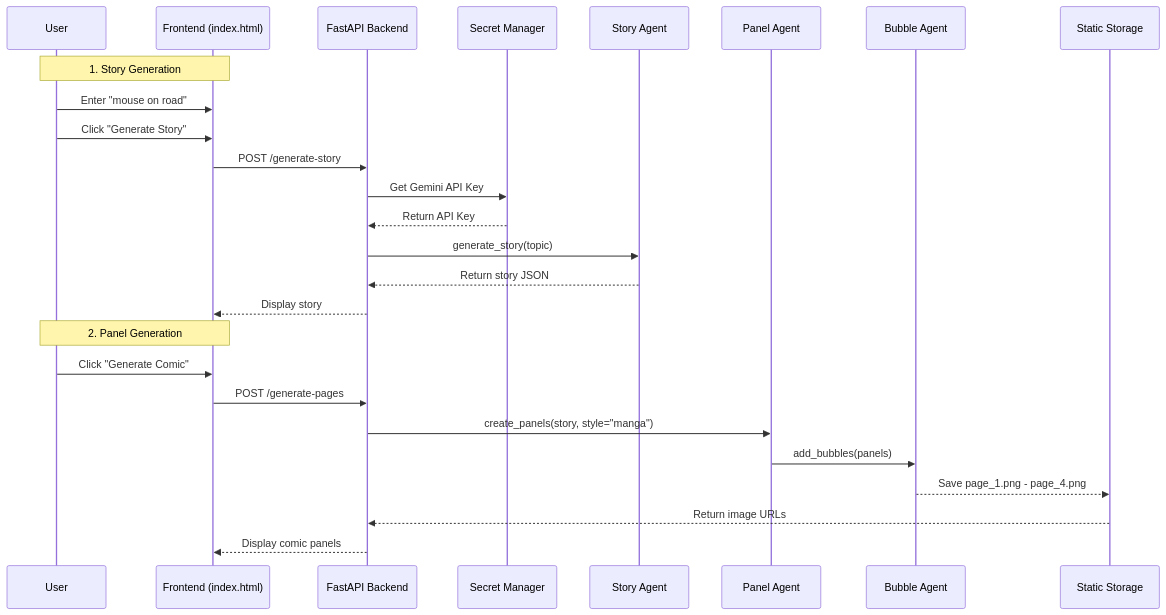
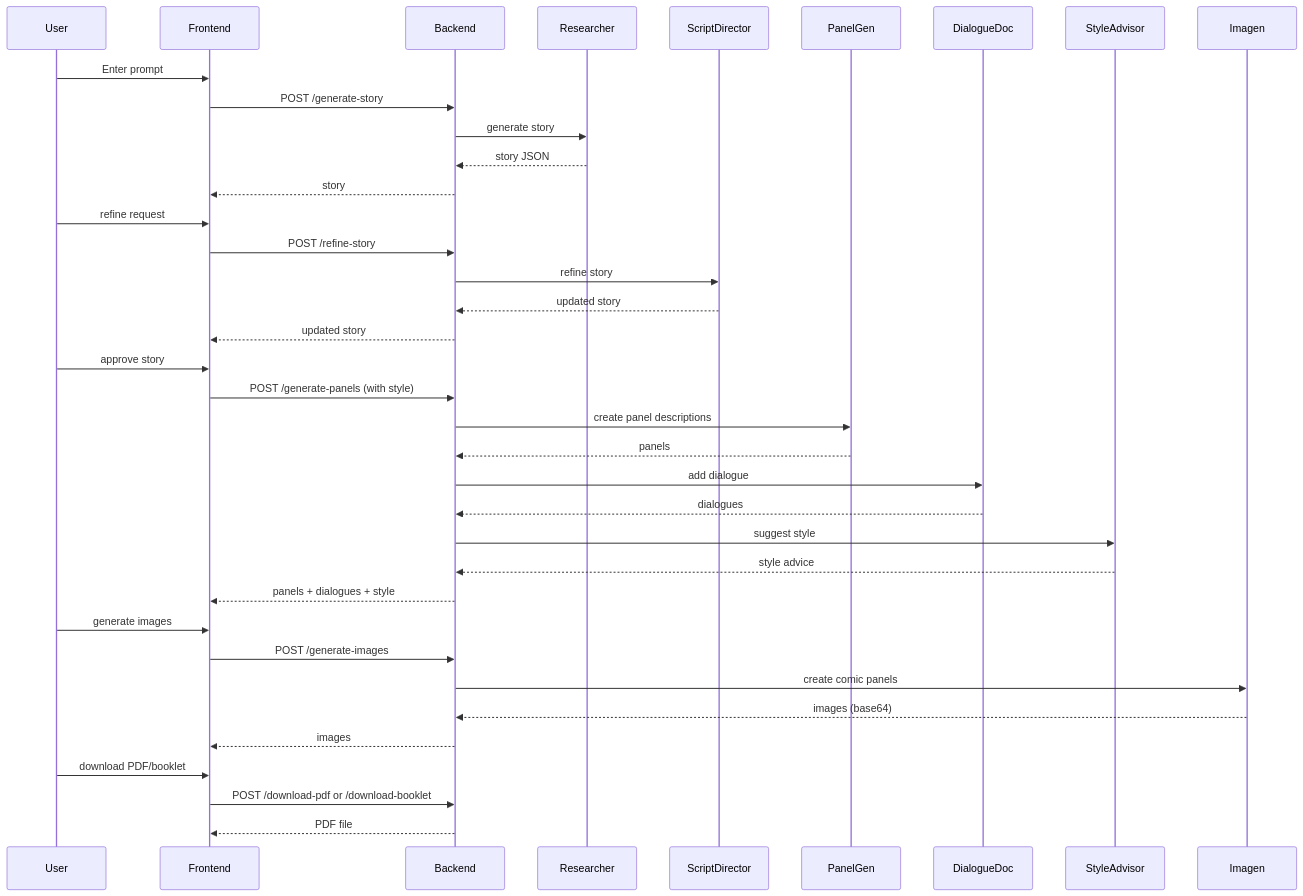
One commit to RobinaMirbahar/Comic-Studio-Ai changed the diagram in docs/architecture.md. Above: the diagram before and after it, drawn with Mermaid. The commit also changed other lines of this file, not shown here.

First line of the commit message:
Revise architecture documentation and diagrams

````diff
--- a/docs/architecture.md
+++ b/docs/architecture.md
@@ -100,30 +49,44 @@
 ```mermaid
 sequenceDiagram
     participant User
-    participant UI as Frontend (index.html)
-    participant API as FastAPI Backend
-    participant SM as Secret Manager
-    participant SA as Story Agent
-    participant PA as Panel Agent
-    participant BA as Bubble Agent
-    participant Storage as Static Storage
-    
-    Note over User,UI: 1. Story Generation
-    User->>UI: Enter "mouse on road"
-    User->>UI: Click "Generate Story"
-    UI->>API: POST /generate-story
-    API->>SM: Get Gemini API Key
-    SM-->>API: Return API Key
-    API->>SA: generate_story(topic)
-    SA-->>API: Return story JSON
-    API-->>UI: Display story
-    
-    Note over User,UI: 2. Panel Generation
-    User->>UI: Click "Generate Comic"
-    UI->>API: POST /generate-pages
-    API->>PA: create_panels(story, style="manga")
-    PA->>BA: add_bubbles(panels)
-    BA-->>Storage: Save page_1.png - page_4.png
-    Storage-->>API: Return image URLs
-    API-->>UI: Display comic panels
+    participant Frontend
+    participant Backend
+    participant Researcher
+    participant ScriptDirector
+    participant PanelGen
+    participant DialogueDoc
+    participant StyleAdvisor
+    participant Imagen
+
+    User->>Frontend: Enter prompt
+    Frontend->>Backend: POST /generate-story
+    Backend->>Researcher: generate story
+    Researcher-->>Backend: story JSON
+    Backend-->>Frontend: story
+
+    User->>Frontend: refine request
+    Frontend->>Backend: POST /refine-story
+    Backend->>ScriptDirector: refine story
+    ScriptDirector-->>Backend: updated story
+    Backend-->>Frontend: updated story
+
+    User->>Frontend: approve story
+    Frontend->>Backend: POST /generate-panels (with style)
+    Backend->>PanelGen: create panel descriptions
+    PanelGen-->>Backend: panels
+    Backend->>DialogueDoc: add dialogue
+    DialogueDoc-->>Backend: dialogues
+    Backend->>StyleAdvisor: suggest style
+    StyleAdvisor-->>Backend: style advice
+    Backend-->>Frontend: panels + dialogues + style
+
+    User->>Frontend: generate images
+    Frontend->>Backend: POST /generate-images
+    Backend->>Imagen: create comic panels
+    Imagen-->>Backend: images (base64)
+    Backend-->>Frontend: images
+
+    User->>Frontend: download PDF/booklet
+    Frontend->>Backend: POST /download-pdf or /download-booklet
+    Backend-->>Frontend: PDF file
 ```
````
